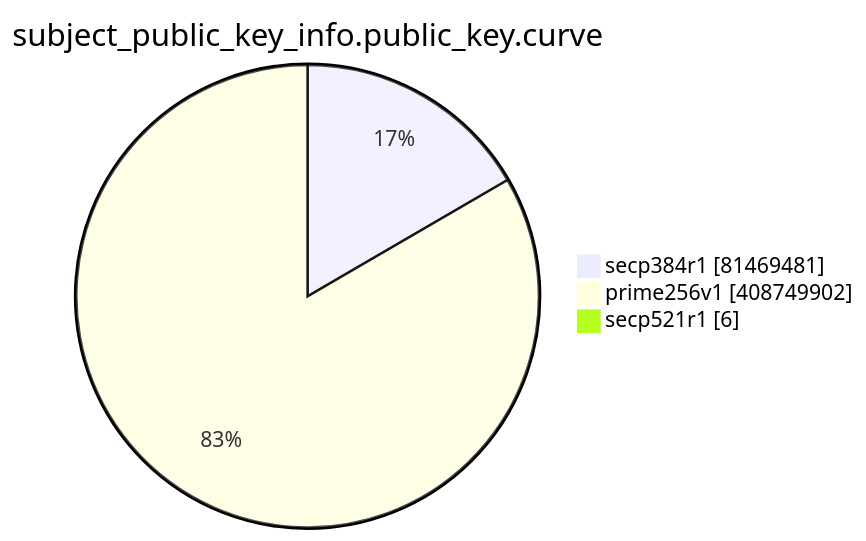
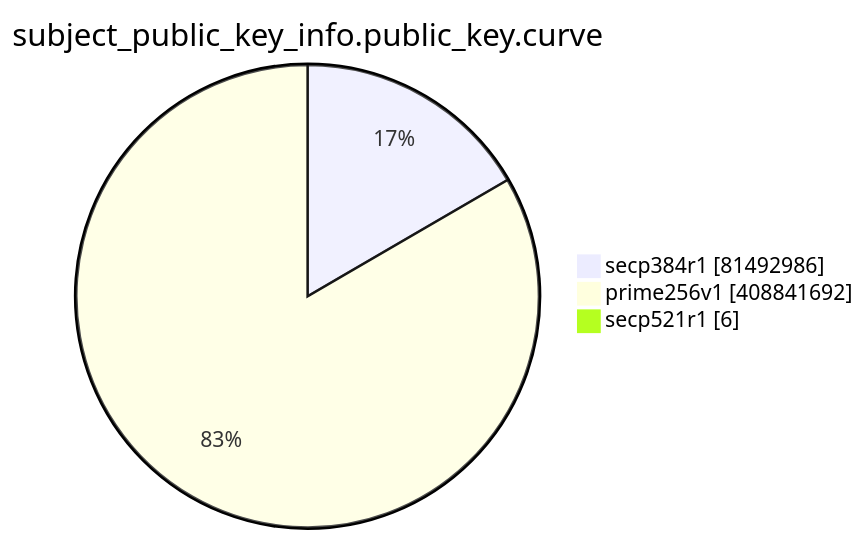
The eighth of 15 diagrams in TOTAL/README.md (christiankrug/ctmonitor_visualization), drawn with Mermaid before and after one commit. The commit also changed other lines of this file, not shown here.

````diff
--- a/TOTAL/README.md
+++ b/TOTAL/README.md
@@ -3096,7 +3096,7 @@
 ```mermaid
 pie showData
 title subject_public_key_info.public_key.curve
-"secp384r1" :81469481
-"prime256v1" :408749902
+"secp384r1" :81492986
+"prime256v1" :408841692
 "secp521r1" :6
 ```
````
